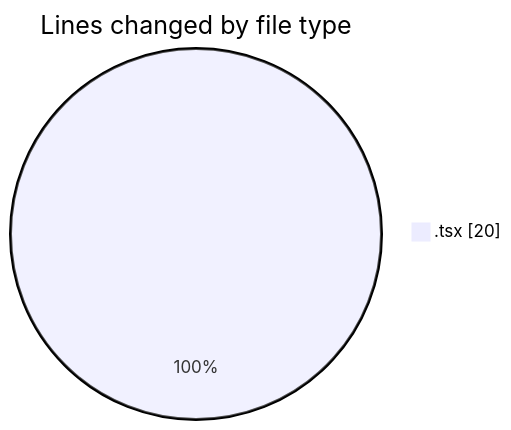
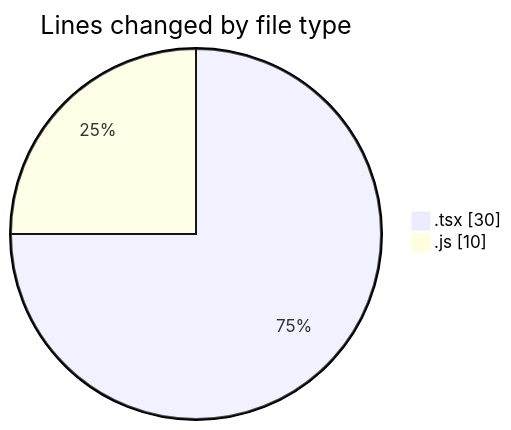
One commit to momahboobian/code-tracking changed the first of 2 diagrams in 2026-08-25/cda/README.md. Above: the diagram before and after it, drawn with Mermaid. The commit also changed other lines of this file and 1 other file, not shown here.

````diff
--- a/2026-08-25/cda/README.md
+++ b/2026-08-25/cda/README.md
@@ -20,5 +21,6 @@
 ```mermaid
 pie showData
 title Lines changed by file type
-".tsx" : 20
+".tsx" : 30
+".js" : 10
 ```
````
